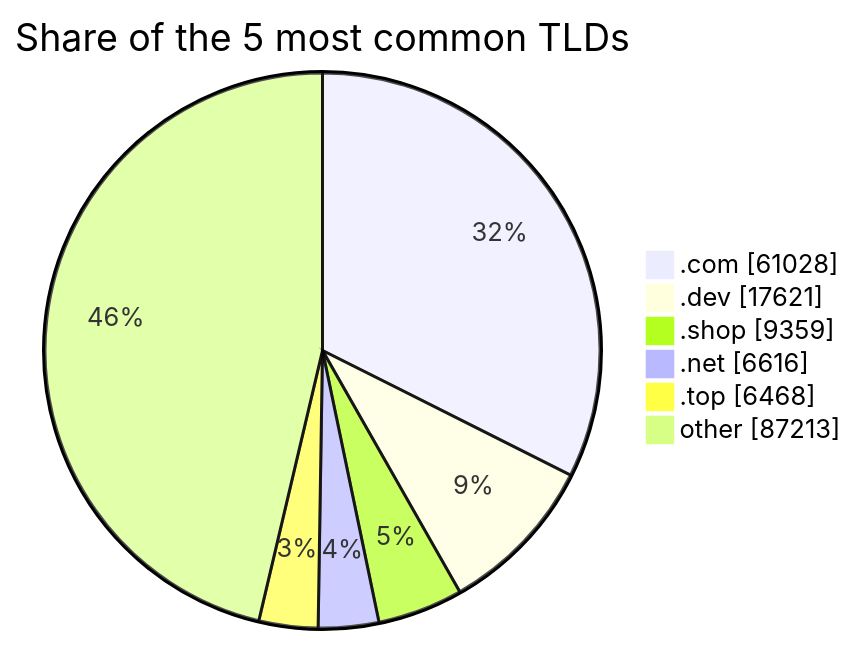
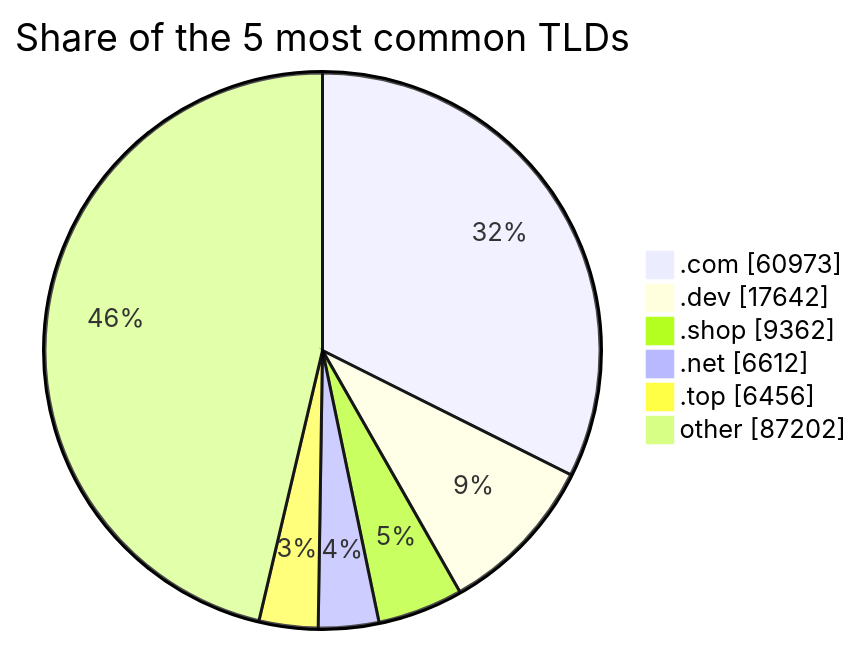
One commit to DNSBunker/CTI changed the third of 3 diagrams in README.md. Above: the diagram before and after it, drawn with Mermaid. The commit also changed other lines of this file and 3 other files, not shown here.

````diff
--- a/README.md
+++ b/README.md
@@ -81,9 +81,9 @@
 ```mermaid
 pie showData title Share of the 5 most common TLDs
-    ".com" : 61028
-    ".dev" : 17621
-    ".shop" : 9359
-    ".net" : 6616
-    ".top" : 6468
-    "other" : 87213
+    ".com" : 60973
+    ".dev" : 17642
+    ".shop" : 9362
+    ".net" : 6612
+    ".top" : 6456
+    "other" : 87202
 ```
````
